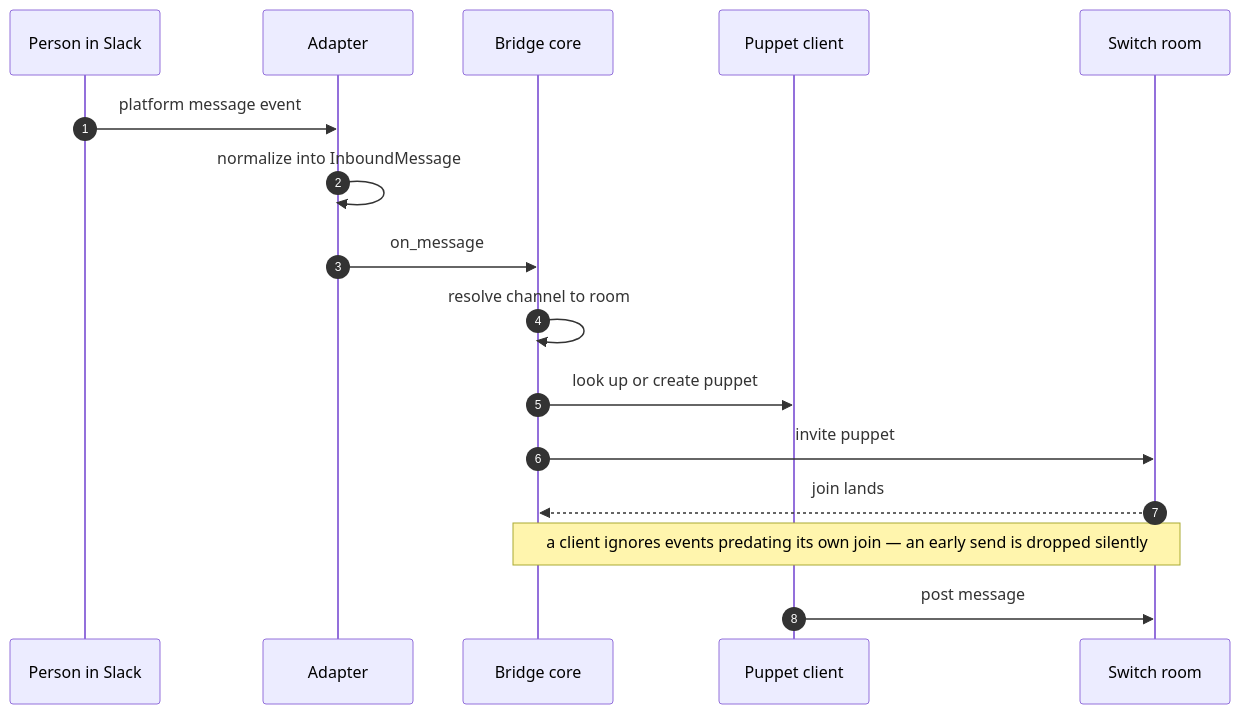
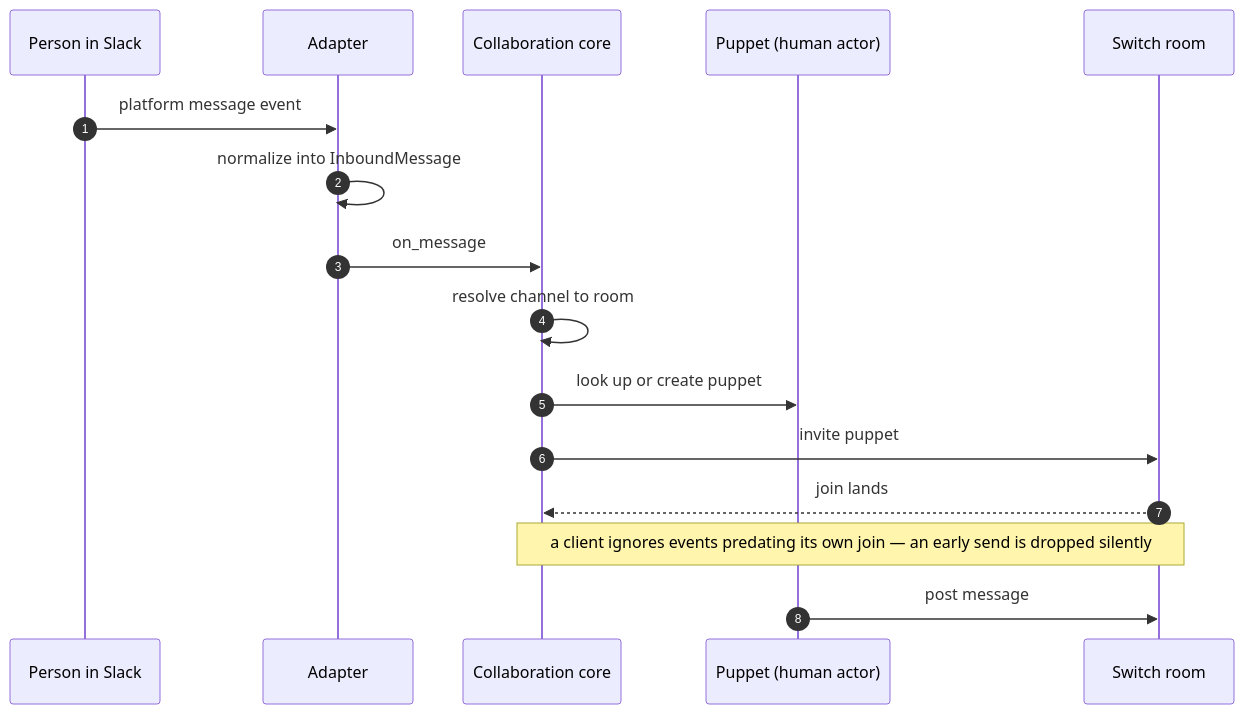
One commit to Chris-Willis/switch changed the first of 2 diagrams in docs/official/internals/collaboration-bridge.md. Above: the diagram before and after it, drawn with Mermaid. The commit also changed other lines of this file and 7 other files, not shown here.

````diff
--- a/docs/official/internals/collaboration-bridge.md
+++ b/docs/official/internals/collaboration-bridge.md
@@ -156,19 +156,19 @@
 ```mermaid
 %%{init: {'themeVariables': {'fontSize': '13px'}}}%%
 sequenceDiagram
   autonumber
   participant U as Person in Slack
   participant A as Adapter
-  participant B as Bridge core
-  participant P as Puppet client
+  participant B as Collaboration core
+  participant P as Puppet (human actor)
   participant R as Switch room
   U->>A: platform message event
   A->>A: normalize into InboundMessage
   A->>B: on_message
   B->>B: resolve channel to room
   B->>P: look up or create puppet
   B->>R: invite puppet
   R-->>B: join lands
   Note over B,R: a client ignores events predating its own join — an early send is dropped silently
   P->>R: post message
 ```
````
